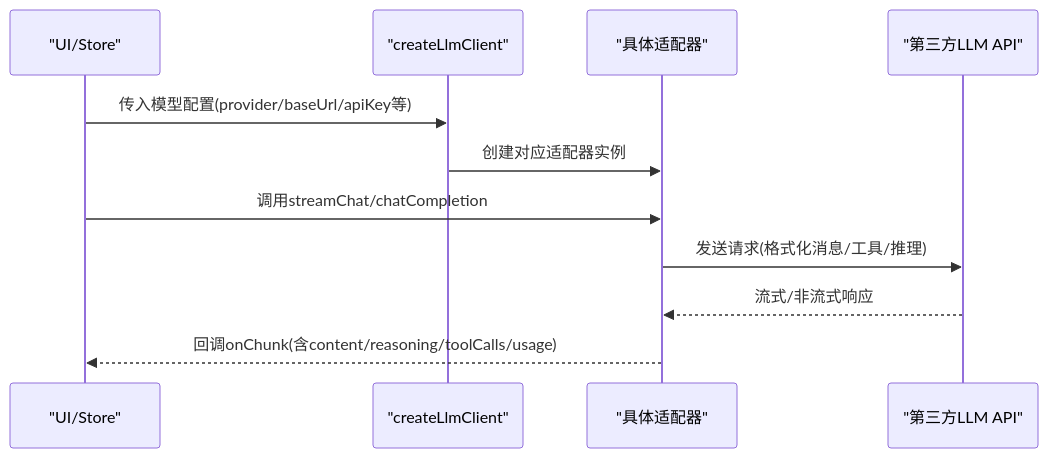
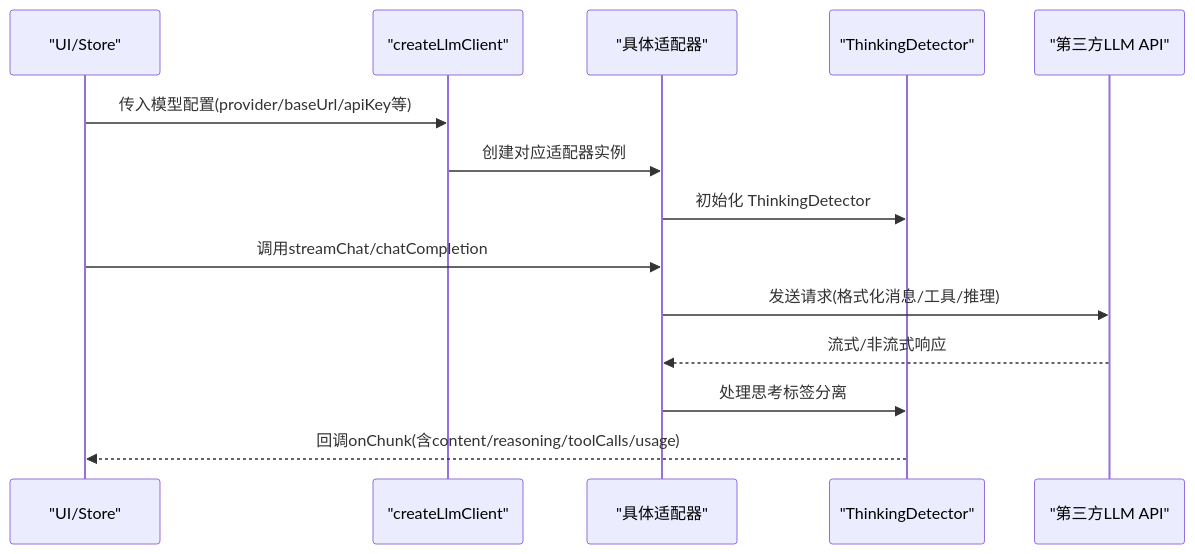
The third of 6 diagrams in .qoder/repowiki/zh/content/多提供商模型集成/多提供商模型集成.md (NarcisWL/Nexara), drawn with Mermaid before and after one commit. The commit also changed other lines of this file and 4 other files, not shown here.

Commit message:
docs(wiki): update documentation for ThinkingDetector and chat refactoring

````diff
--- a/.qoder/repowiki/zh/content/多提供商模型集成/多提供商模型集成.md
+++ b/.qoder/repowiki/zh/content/多提供商模型集成/多提供商模型集成.md
@@ -136,13 +177,16 @@
 ```mermaid
 sequenceDiagram
 participant UI as "UI/Store"
 participant Factory as "createLlmClient"
 participant Adapter as "具体适配器"
+participant Detector as "ThinkingDetector"
 participant API as "第三方LLM API"
 UI->>Factory : 传入模型配置(provider/baseUrl/apiKey等)
 Factory->>Adapter : 创建对应适配器实例
+Adapter->>Detector : 初始化 ThinkingDetector
 UI->>Adapter : 调用streamChat/chatCompletion
 Adapter->>API : 发送请求(格式化消息/工具/推理)
 API-->>Adapter : 流式/非流式响应
-Adapter-->>UI : 回调onChunk(含content/reasoning/toolCalls/usage)
+Adapter->>Detector : 处理思考标签分离
+Detector-->>UI : 回调onChunk(含content/reasoning/toolCalls/usage)
 ```
````
